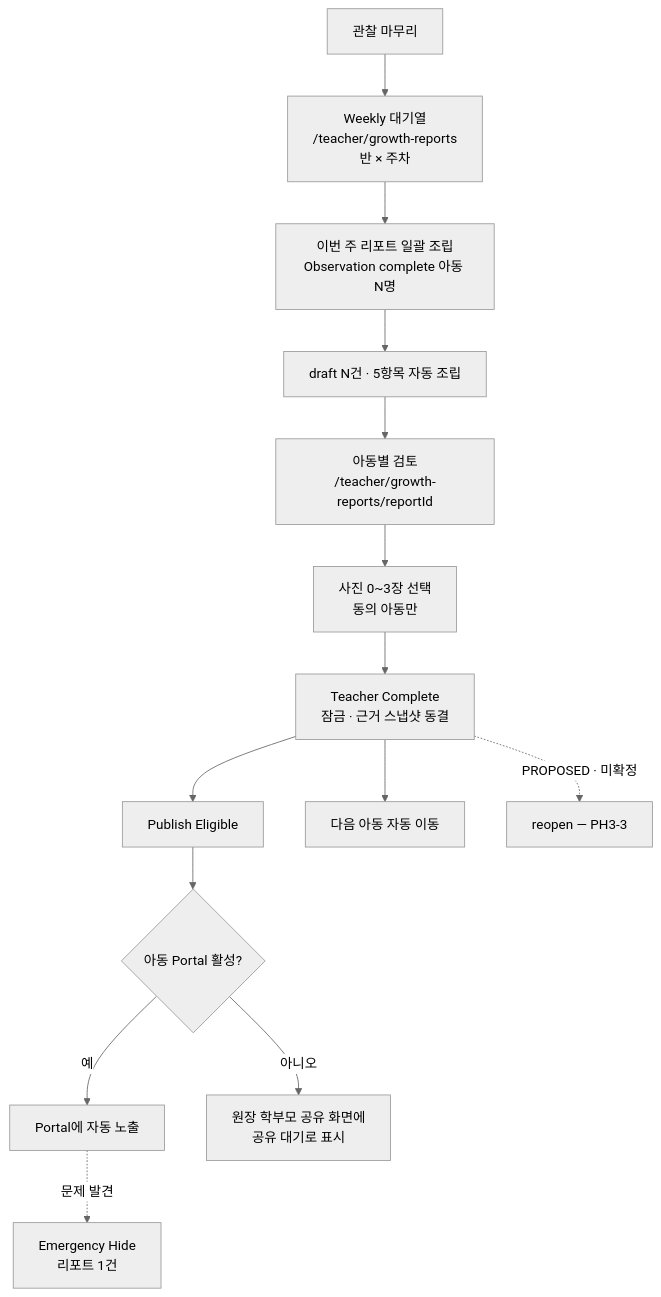
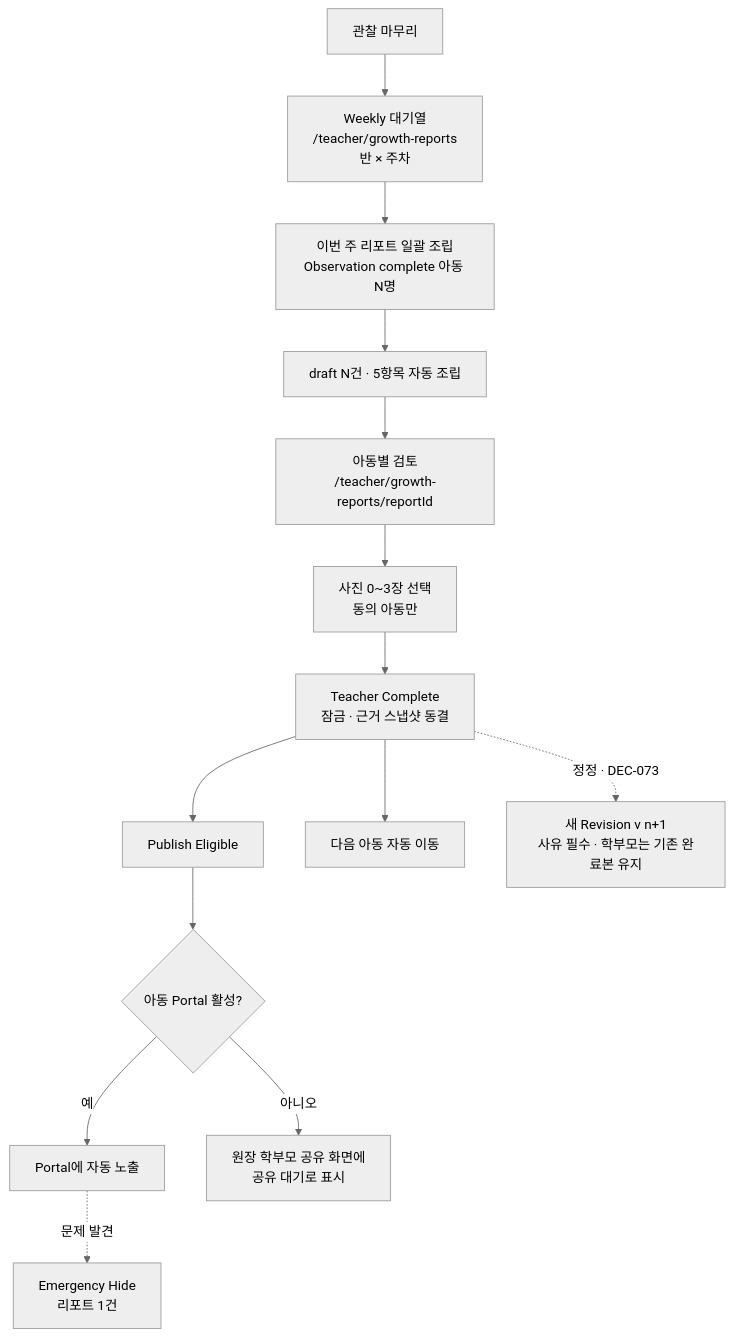
The first of 3 diagrams in docs/02-ia/report-portal-flow.md (SOYESKIDS/teachable-art-play3), drawn with Mermaid (neutral theme) before and after one commit. The commit also changed other lines of this file and 18 other files, not shown here.

Commit message:
docs: define SaaS 2.0 AI growth and report architecture

````diff
--- a/docs/02-ia/report-portal-flow.md
+++ b/docs/02-ia/report-portal-flow.md
@@ -15,16 +15,16 @@
 ```mermaid
 flowchart TD
   OC[관찰 마무리] --> Q[Weekly 대기열<br/>/teacher/growth-reports<br/>반 × 주차]
   Q --> AS[이번 주 리포트 일괄 조립<br/>Observation complete 아동 N명]
   AS --> DR[draft N건 · 5항목 자동 조립]
   DR --> RV[아동별 검토<br/>/teacher/growth-reports/reportId]
   RV --> PH[사진 0~3장 선택<br/>동의 아동만]
   PH --> CP[Teacher Complete<br/>잠금 · 근거 스냅샷 동결]
   CP --> PE[Publish Eligible]
   PE --> SH{아동 Portal 활성?}
   SH -->|예| PT[Portal에 자동 노출]
   SH -->|아니오| WAIT[원장 학부모 공유 화면에<br/>공유 대기로 표시]
   PT -.->|문제 발견| HD[Emergency Hide<br/>리포트 1건]
   CP --> NX[다음 아동 자동 이동]
-  CP -.->|PROPOSED · 미확정| RO[reopen — PH3-3]
+  CP -.->|정정 · DEC-073| RO[새 Revision v n+1<br/>사유 필수 · 학부모는 기존 완료본 유지]
 ```
````
